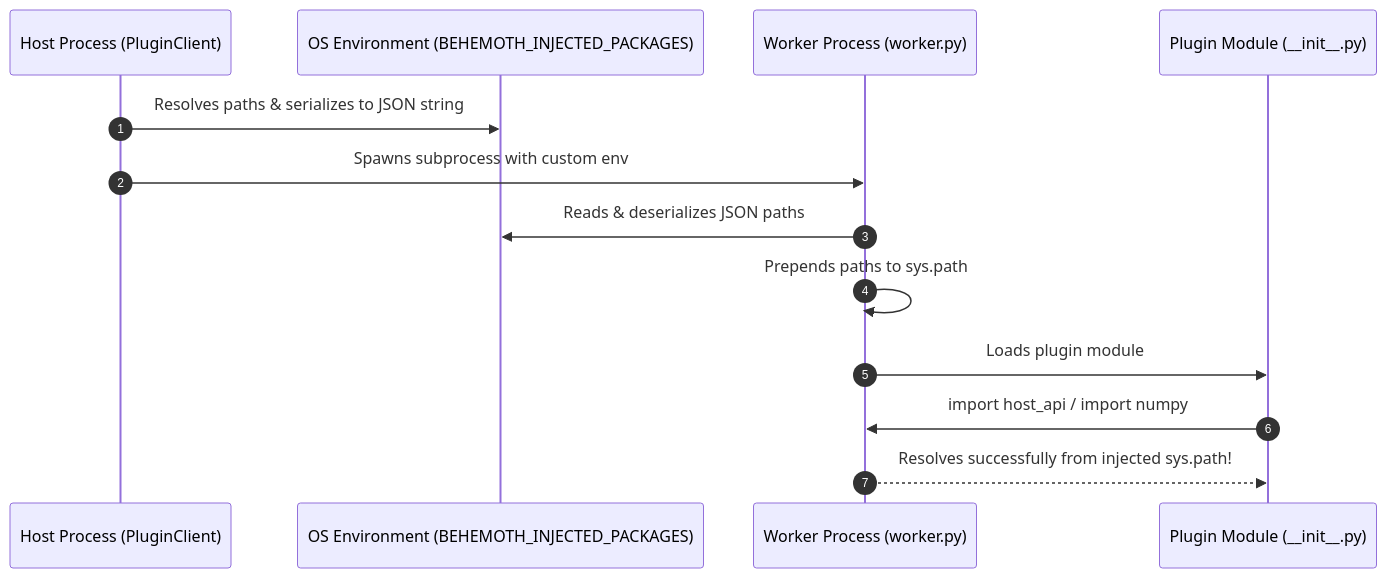
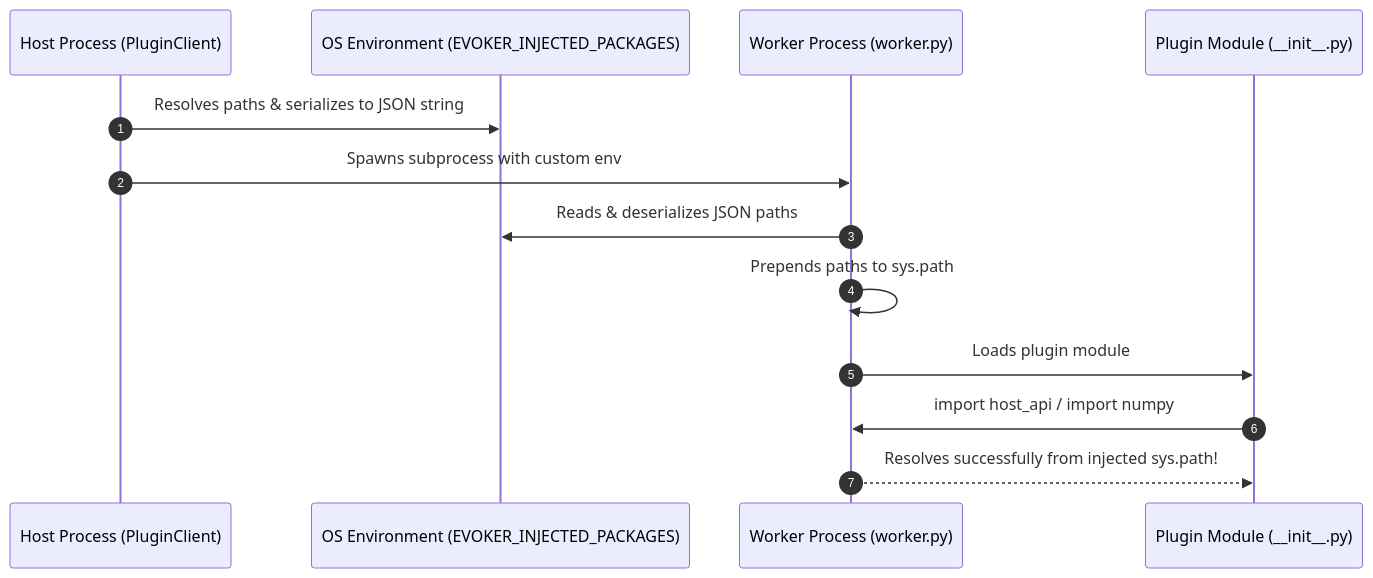
Before and after one commit to vxlk/evoker: the second of 2 diagrams in doc/docs/guides/api-injection.md, drawn with Mermaid. The commit also changed other lines of this file and 1939 other files, not shown here.

````diff
--- a/doc/docs/guides/api-injection.md
+++ b/doc/docs/guides/api-injection.md
@@ -69,16 +69,16 @@
 ```mermaid
 sequenceDiagram
     autonumber
     participant Host as Host Process (PluginClient)
-    participant Env as OS Environment (BEHEMOTH_INJECTED_PACKAGES)
+    participant Env as OS Environment (EVOKER_INJECTED_PACKAGES)
     participant Worker as Worker Process (worker.py)
     participant Plugin as Plugin Module (__init__.py)
 
     Host->>Env: Resolves paths & serializes to JSON string
     Host->>Worker: Spawns subprocess with custom env
     Worker->>Env: Reads & deserializes JSON paths
     Worker->>Worker: Prepends paths to sys.path
     Worker->>Plugin: Loads plugin module
     Plugin->>Worker: import host_api / import numpy
     Worker-->>Plugin: Resolves successfully from injected sys.path!
 ```
````
